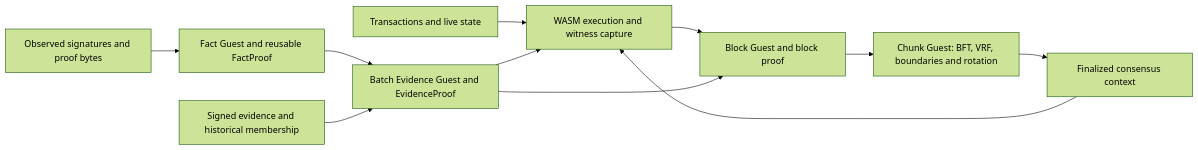
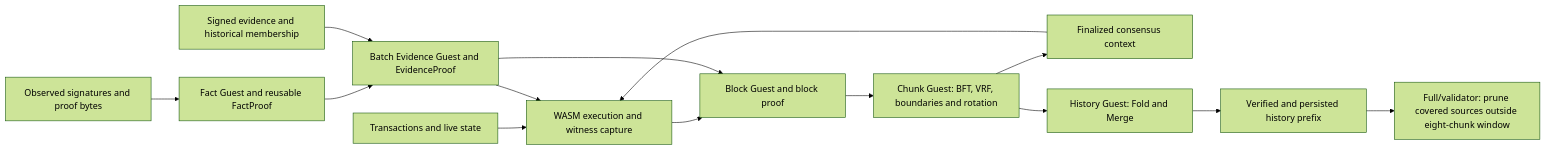
The diagram in docs/design/00-overview.md (Rorical/Neutrino), drawn with Mermaid (forest theme) before and after one commit. The commit also changed other lines of this file and 136 other files, not shown here.

````diff
--- a/docs/design/00-overview.md
+++ b/docs/design/00-overview.md
@@ -7,13 +7,16 @@
 ```mermaid
 flowchart LR
     T[Transactions and live state] --> W[WASM execution and witness capture]
     W --> B[Block Guest and block proof]
     S[Observed signatures and proof bytes] --> A[Fact Guest and reusable FactProof]
     A --> P[Batch Evidence Guest and EvidenceProof]
     E[Signed evidence and historical membership] --> P
     P --> W
     P --> B
     B --> C[Chunk Guest: BFT, VRF, boundaries and rotation]
     C --> F[Finalized consensus context]
     F --> W
+    C --> HG[History Guest: Fold and Merge]
+    HG --> HP[Verified and persisted history prefix]
+    HP --> PR[Full/validator: prune covered sources outside eight-chunk window]
 ```
````
